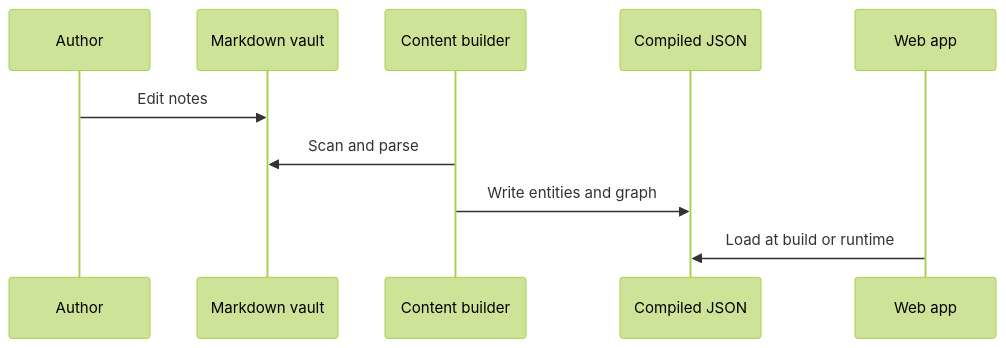
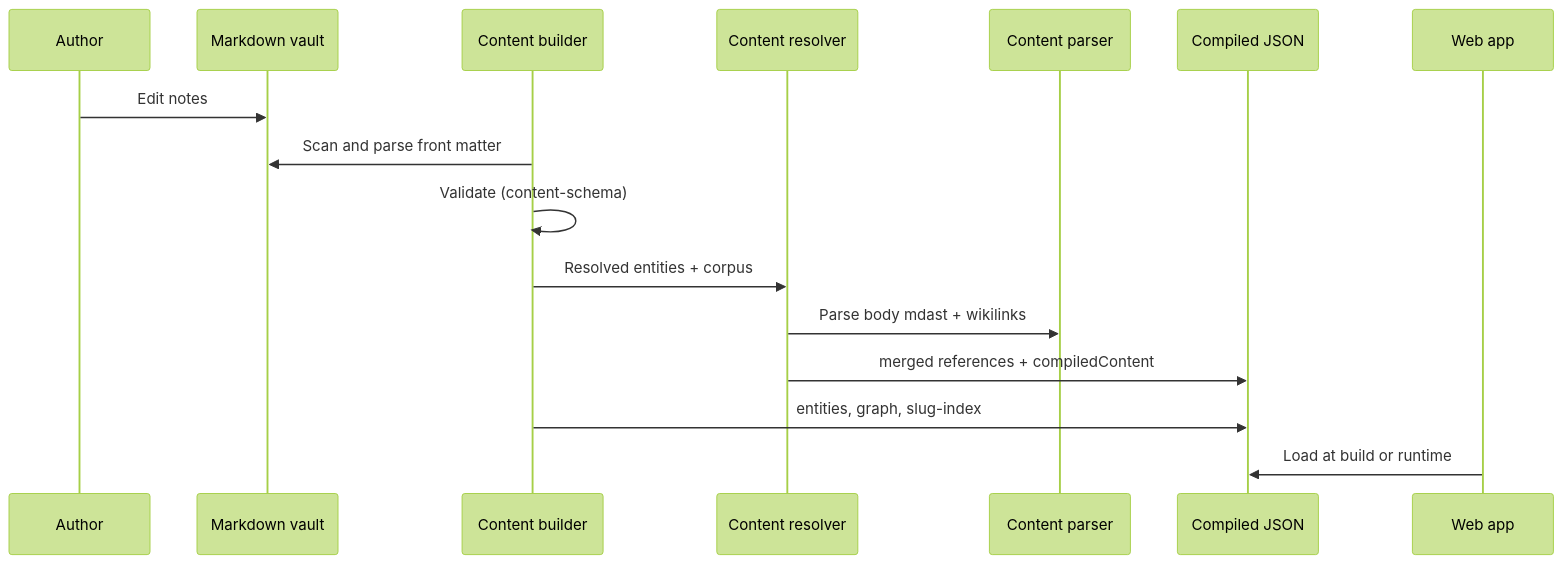
The second of 2 diagrams in README.md (QuentinLemasson/galipette-app), drawn with Mermaid (forest theme) before and after one commit. The commit also changed other lines of this file, not shown here.

````diff
--- a/README.md
+++ b/README.md
@@ -33,12 +48,18 @@
 ```mermaid
 sequenceDiagram
   participant Author
   participant Vault as Markdown vault
   participant Builder as Content builder
+  participant Resolver as Content resolver
+  participant Parser as Content parser
   participant Artifacts as Compiled JSON
   participant App as Web app
   Author->>Vault: Edit notes
-  Builder->>Vault: Scan and parse
-  Builder->>Artifacts: Write entities and graph
+  Builder->>Vault: Scan and parse front matter
+  Builder->>Builder: Validate (content-schema)
+  Builder->>Resolver: Resolved entities + corpus
+  Resolver->>Parser: Parse body mdast + wikilinks
+  Resolver->>Artifacts: merged references + compiledContent
+  Builder->>Artifacts: entities, graph, slug-index
   App->>Artifacts: Load at build or runtime
 ```
````
